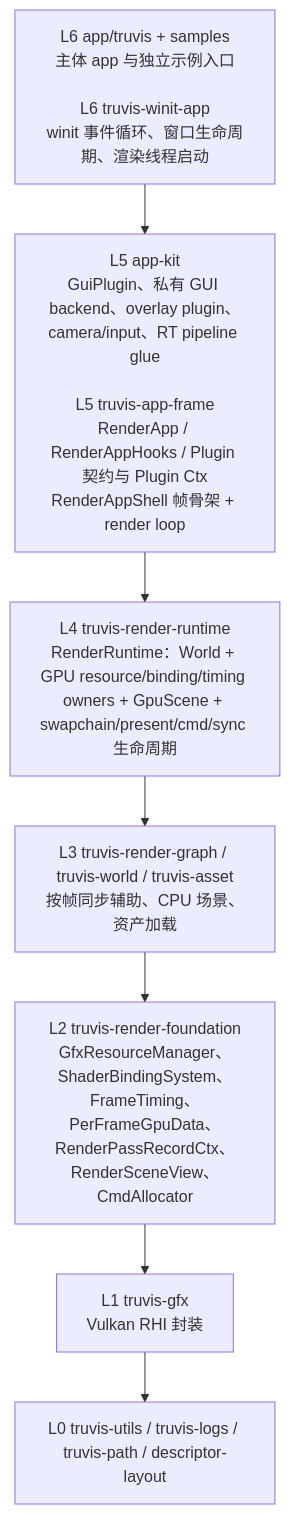
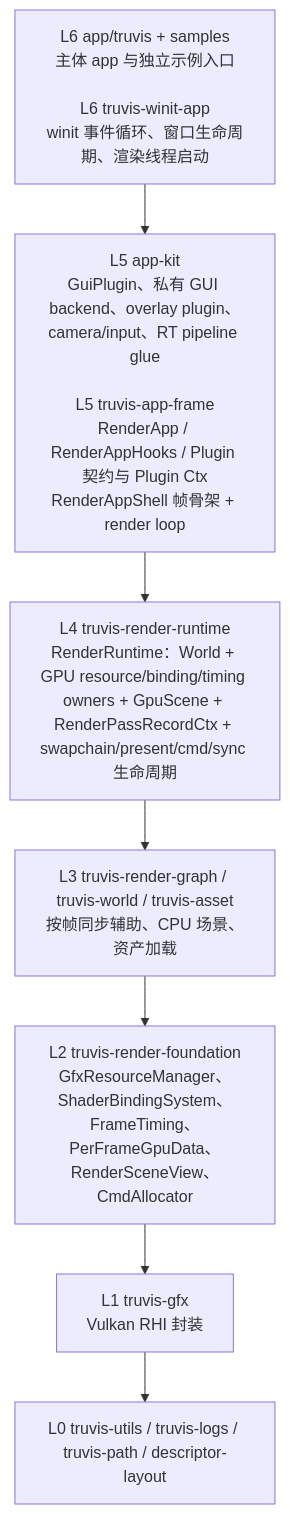
Before and after one commit to acccoco/TruvisRenderer: the first of 2 diagrams in docs/summaries/layering-and-dependency-boundaries.md, drawn with Mermaid. The commit also changed 20 other files, not shown here.

Commit message:
refactor 将 RenderPassRecordCtx 迁移到 truvis-render-runtime 中

````diff
--- a/docs/summaries/layering-and-dependency-boundaries.md
+++ b/docs/summaries/layering-and-dependency-boundaries.md
@@ -9,11 +9,11 @@
 ```mermaid
 flowchart TB
     L6["L6 app/truvis + samples<br/>主体 app 与独立示例入口<br/><br/>L6 truvis-winit-app<br/>winit 事件循环、窗口生命周期、渲染线程启动"]
     L5["L5 app-kit<br/>GuiPlugin、私有 GUI backend、overlay plugin、camera/input、RT pipeline glue<br/><br/>L5 truvis-app-frame<br/>RenderApp / RenderAppHooks / Plugin 契约与 Plugin Ctx<br/>RenderAppShell 帧骨架 + render loop"]
-    L4["L4 truvis-render-runtime<br/>RenderRuntime：World + GPU resource/binding/timing owners + GpuScene + swapchain/present/cmd/sync 生命周期"]
+    L4["L4 truvis-render-runtime<br/>RenderRuntime：World + GPU resource/binding/timing owners + GpuScene + RenderPassRecordCtx + swapchain/present/cmd/sync 生命周期"]
     L3["L3 truvis-render-graph / truvis-world / truvis-asset<br/>按帧同步辅助、CPU 场景、资产加载"]
-    L2["L2 truvis-render-foundation<br/>GfxResourceManager、ShaderBindingSystem、FrameTiming、PerFrameGpuData、RenderPassRecordCtx、RenderSceneView、CmdAllocator"]
+    L2["L2 truvis-render-foundation<br/>GfxResourceManager、ShaderBindingSystem、FrameTiming、PerFrameGpuData、RenderSceneView、CmdAllocator"]
     L1["L1 truvis-gfx<br/>Vulkan RHI 封装"]
     L0["L0 truvis-utils / truvis-logs / truvis-path / descriptor-layout"]
     L6 --> L5 --> L4 --> L3 --> L2 --> L1 --> L0
 ```
````
